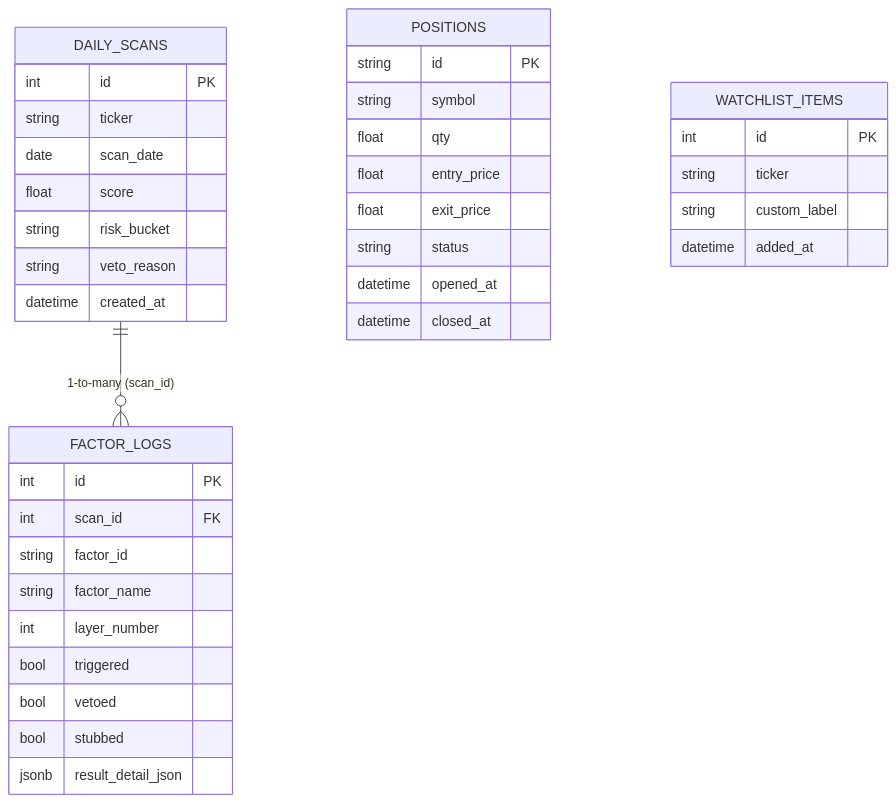
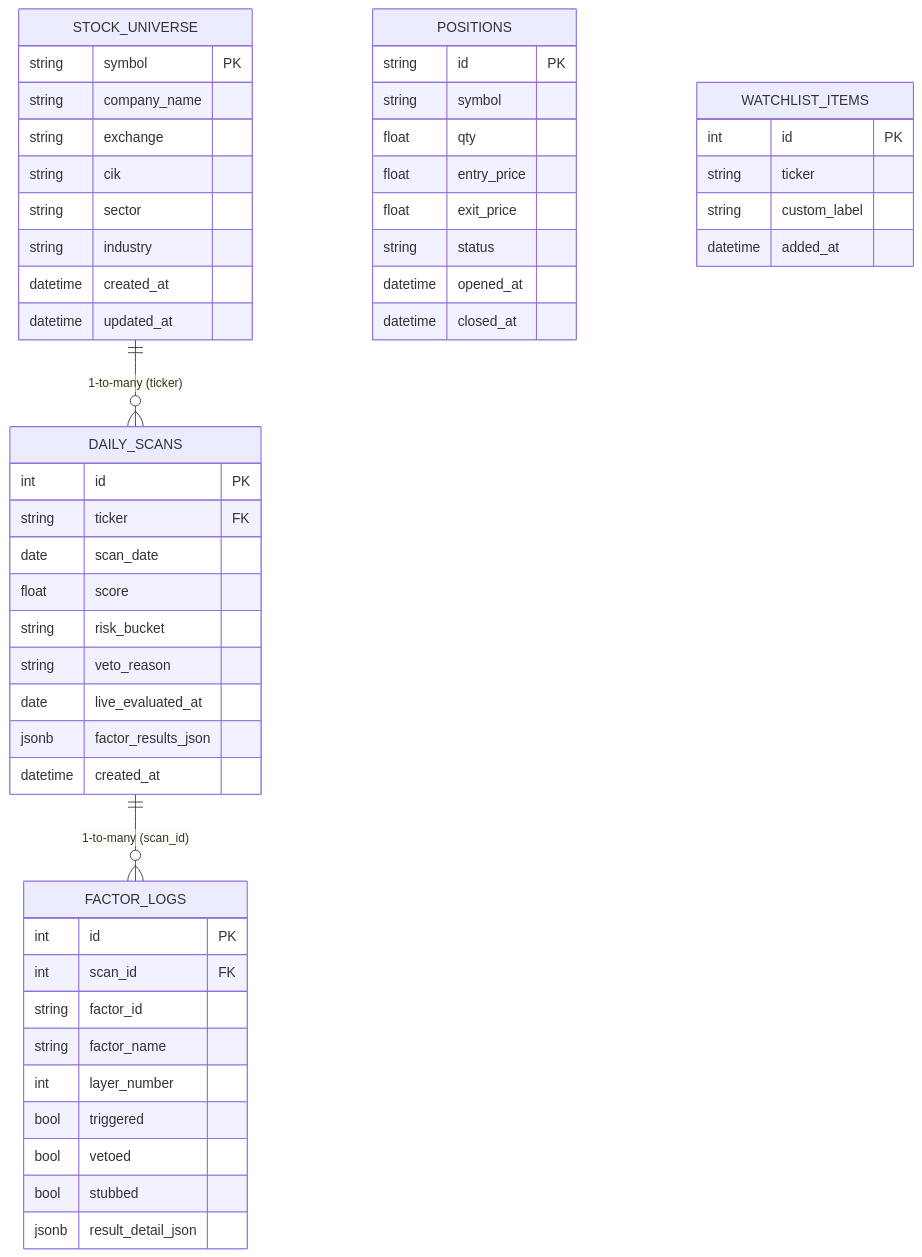
The eighth of 8 diagrams in ARCHITECTURE_LLD.md (vaibhav1934/AI-Powered-Daily-Options-Screener-Trading-Assistant-), drawn with Mermaid before and after one commit. The commit also changed other lines of this file and 64 other files, not shown here.

````diff
--- a/ARCHITECTURE_LLD.md
+++ b/ARCHITECTURE_LLD.md
@@ -259,43 +330,58 @@
 ```mermaid
 erDiagram
+    STOCK_UNIVERSE ||--o{ DAILY_SCANS : "1-to-many (ticker)"
     DAILY_SCANS ||--o{ FACTOR_LOGS : "1-to-many (scan_id)"
+    
+    STOCK_UNIVERSE {
+        string symbol PK
+        string company_name
+        string exchange
+        string cik
+        string sector
+        string industry
+        datetime created_at
+        datetime updated_at
+    }
+
     DAILY_SCANS {
         int id PK
-        string ticker
+        string ticker FK
         date scan_date
         float score
         string risk_bucket
         string veto_reason
+        date live_evaluated_at
+        jsonb factor_results_json
         datetime created_at
     }
     
     FACTOR_LOGS {
         int id PK
         int scan_id FK
         string factor_id
         string factor_name
         int layer_number
         bool triggered
         bool vetoed
         bool stubbed
         jsonb result_detail_json
     }
     
     POSITIONS {
         string id PK
         string symbol
         float qty
         float entry_price
         float exit_price
         string status
         datetime opened_at
         datetime closed_at
     }
     
     WATCHLIST_ITEMS {
         int id PK
         string ticker
         string custom_label
         datetime added_at
     }
 ```
````
